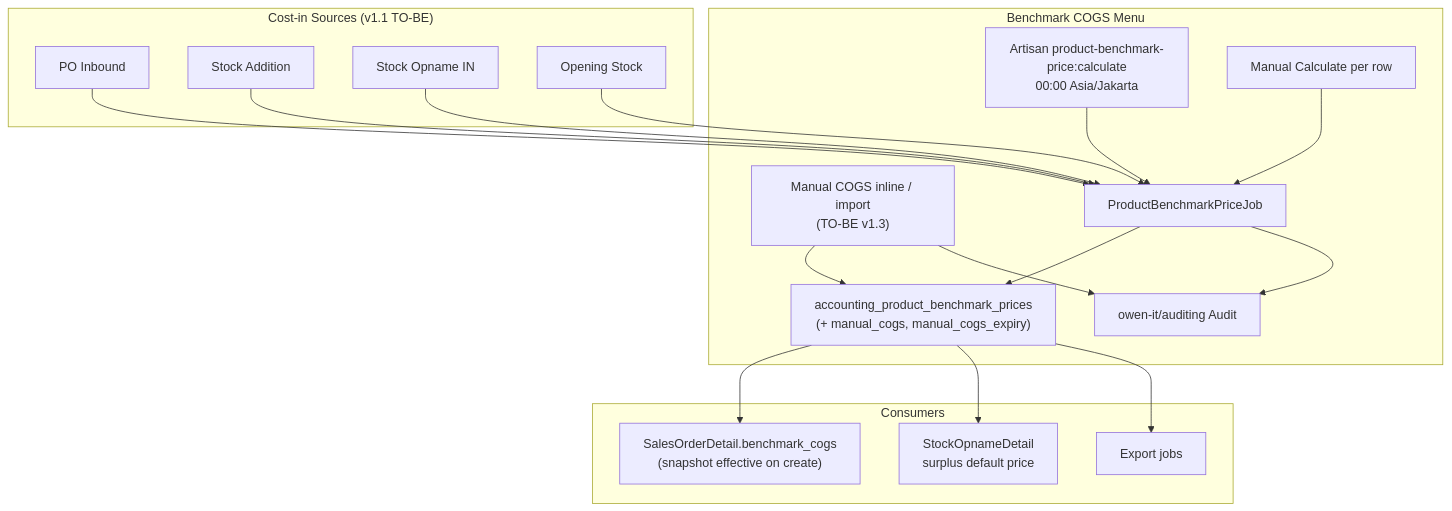
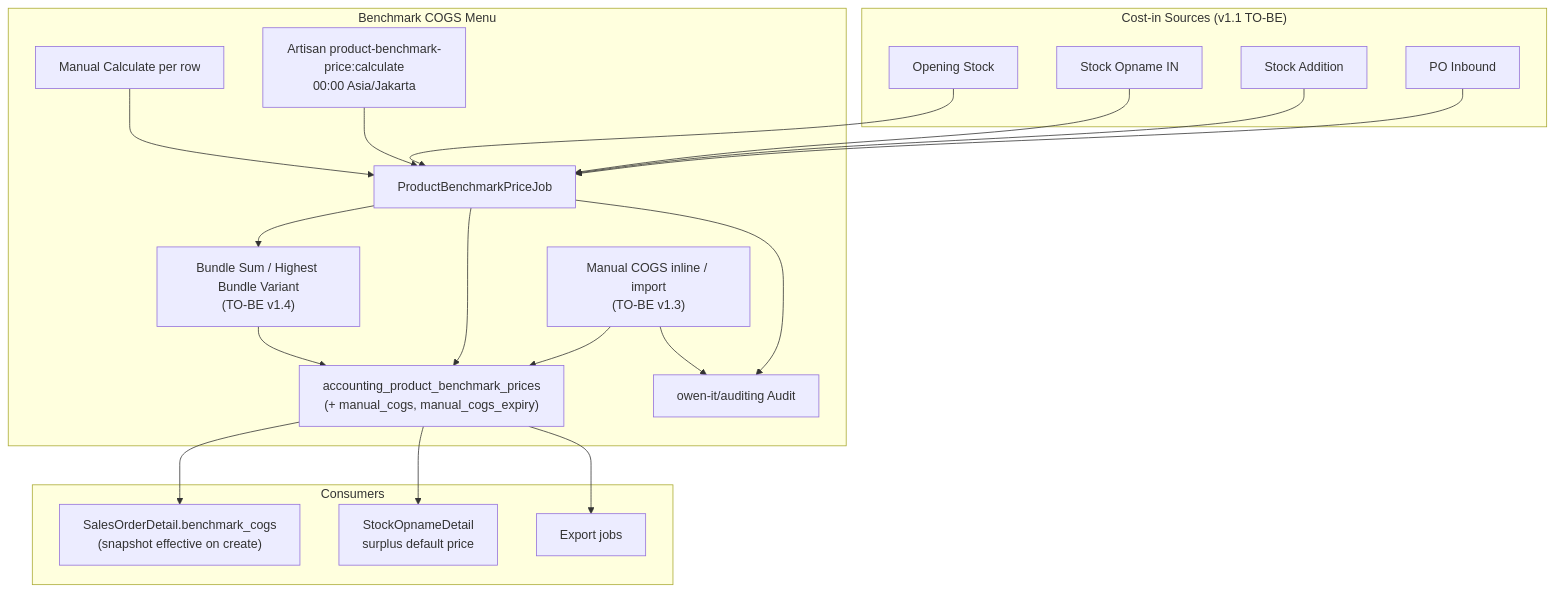
Before and after one commit to yendyr/olshoperp-docs: the diagram in qa-docs/accounting-product-benchmark-price/technical.md, drawn with Mermaid. The commit also changed other lines of this file and 4 other files, not shown here.

````diff
--- a/qa-docs/accounting-product-benchmark-price/technical.md
+++ b/qa-docs/accounting-product-benchmark-price/technical.md
@@ -32,38 +33,41 @@
 ```mermaid
 flowchart TB
     subgraph Sources["Cost-in Sources (v1.1 TO-BE)"]
         PO["PO Inbound"]
         SA["Stock Addition"]
         SO_IN["Stock Opname IN"]
         OS["Opening Stock"]
     end
 
     subgraph Master["Benchmark COGS Menu"]
         CMD["Artisan product-benchmark-price:calculate\n00:00 Asia/Jakarta"]
         MAN["Manual Calculate per row"]
         MANUAL["Manual COGS inline / import\n(TO-BE v1.3)"]
         JOB["ProductBenchmarkPriceJob"]
+        BND["Bundle Sum / Highest Bundle Variant\n(TO-BE v1.4)"]
         TBL["accounting_product_benchmark_prices\n(+ manual_cogs, manual_cogs_expiry)"]
         AUD["owen-it/auditing Audit"]
     end
 
     subgraph Consumers["Consumers"]
         SO["SalesOrderDetail.benchmark_cogs\n(snapshot effective on create)"]
         OP["StockOpnameDetail\nsurplus default price"]
         EXP["Export jobs"]
     end
 
     PO --> JOB
     SA --> JOB
     SO_IN --> JOB
     OS --> JOB
     CMD --> JOB
     MAN --> JOB
+    JOB --> BND
     MANUAL --> TBL
     JOB --> TBL
+    BND --> TBL
     JOB --> AUD
     MANUAL --> AUD
     TBL --> SO
     TBL --> OP
     TBL --> EXP
 ```
````
